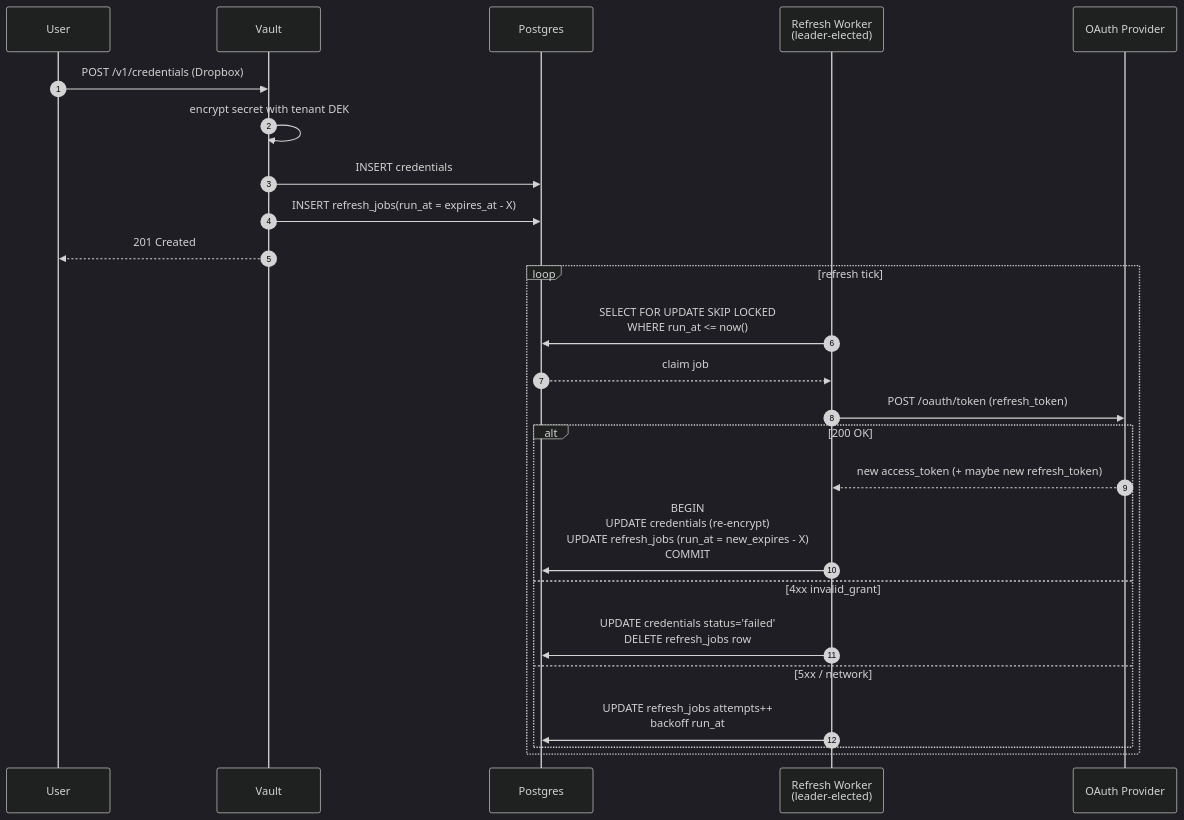
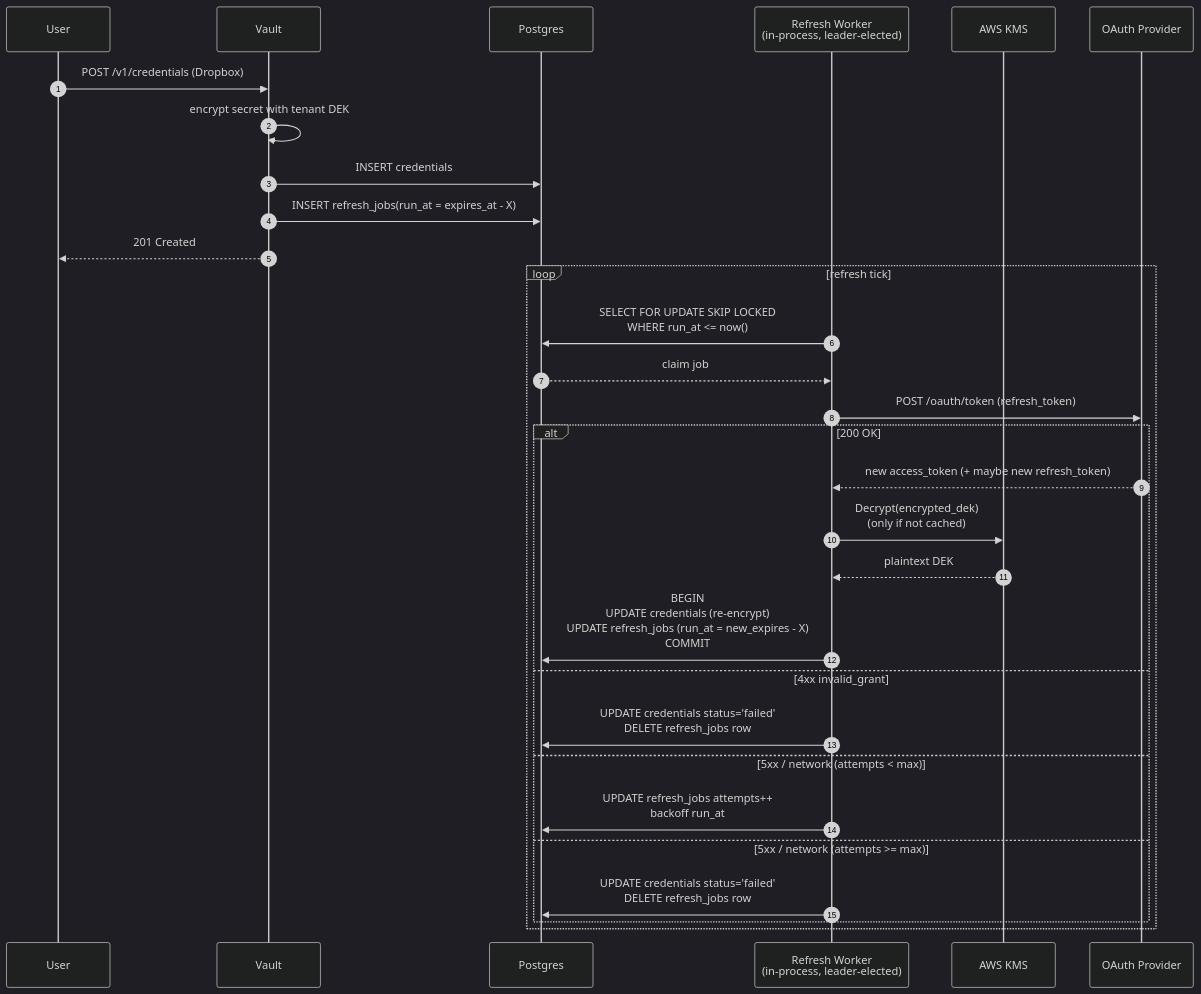
The third of 4 diagrams in README.md (tumultousRamen/coffer), drawn with Mermaid (dark theme) before and after one commit. The commit also changed other lines of this file and 18 other files, not shown here.

````diff
--- a/README.md
+++ b/README.md
@@ -82,29 +83,34 @@
 ```mermaid
 sequenceDiagram
     autonumber
     participant U as User
     participant V as Vault
     participant DB as Postgres
-    participant R as Refresh Worker<br/>(leader-elected)
+    participant R as Refresh Worker<br/>(in-process, leader-elected)
+    participant K as AWS KMS
     participant P as OAuth Provider
 
     U->>V: POST /v1/credentials (Dropbox)
     V->>V: encrypt secret with tenant DEK
     V->>DB: INSERT credentials
     V->>DB: INSERT refresh_jobs(run_at = expires_at - X)
     V-->>U: 201 Created
 
     loop refresh tick
         R->>DB: SELECT FOR UPDATE SKIP LOCKED<br/>WHERE run_at <= now()
         DB-->>R: claim job
         R->>P: POST /oauth/token (refresh_token)
         alt 200 OK
             P-->>R: new access_token (+ maybe new refresh_token)
+            R->>K: Decrypt(encrypted_dek)<br/>(only if not cached)
+            K-->>R: plaintext DEK
             R->>DB: BEGIN<br/>UPDATE credentials (re-encrypt)<br/>UPDATE refresh_jobs (run_at = new_expires - X)<br/>COMMIT
         else 4xx invalid_grant
             R->>DB: UPDATE credentials status='failed'<br/>DELETE refresh_jobs row
-        else 5xx / network
+        else 5xx / network (attempts < max)
             R->>DB: UPDATE refresh_jobs attempts++<br/>backoff run_at
+        else 5xx / network (attempts >= max)
+            R->>DB: UPDATE credentials status='failed'<br/>DELETE refresh_jobs row
         end
     end
 ```
````
